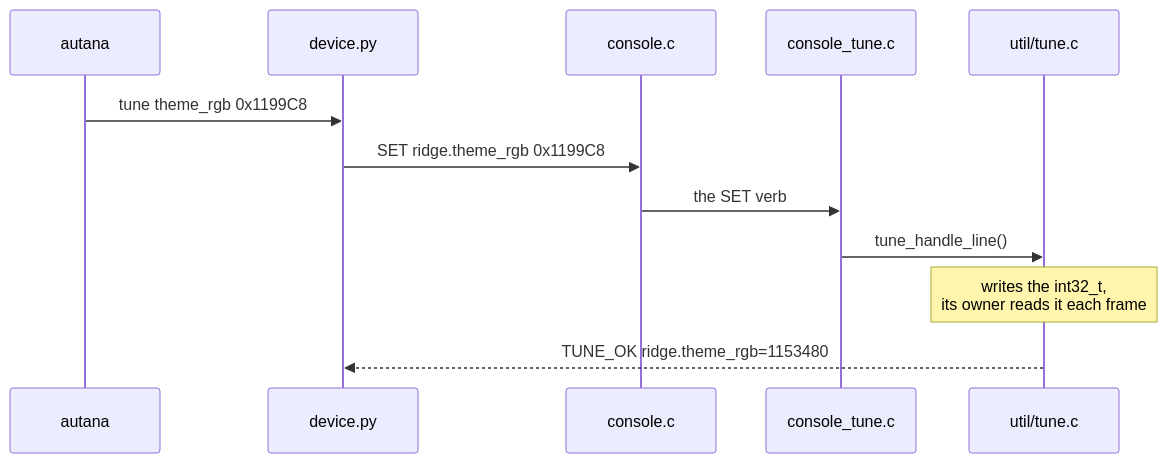
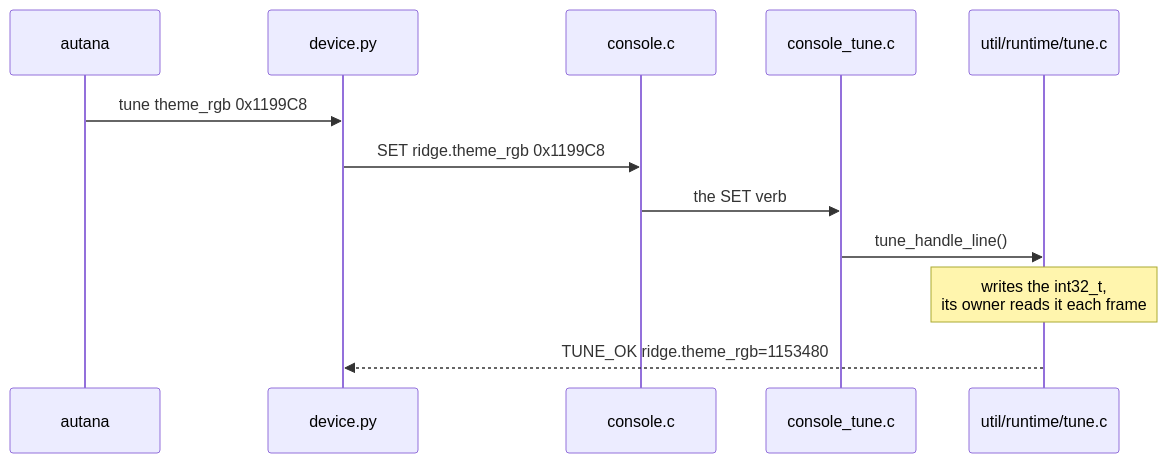
Before and after one commit to jose-villegas/autana: the diagram in docs/tools/Live-Tuning.md, drawn with Mermaid. The commit also changed other lines of this file and 199 other files, not shown here.

First line of the commit message:
util: pure code and runtime services in their own subfolders

````diff
--- a/docs/tools/Live-Tuning.md
+++ b/docs/tools/Live-Tuning.md
@@ -53,14 +53,14 @@
 ```mermaid
 sequenceDiagram
     participant T as autana
     participant D as device.py
     participant C as console.c
     participant S as console_tune.c
-    participant R as util/tune.c
+    participant R as util/runtime/tune.c
     T->>D: tune theme_rgb 0x1199C8
     D->>C: SET ridge.theme_rgb 0x1199C8
     C->>S: the SET verb
     S->>R: tune_handle_line()
     Note over R: writes the int32_t,<br/>its owner reads it each frame
     R-->>D: TUNE_OK ridge.theme_rgb=1153480
 ```
````
